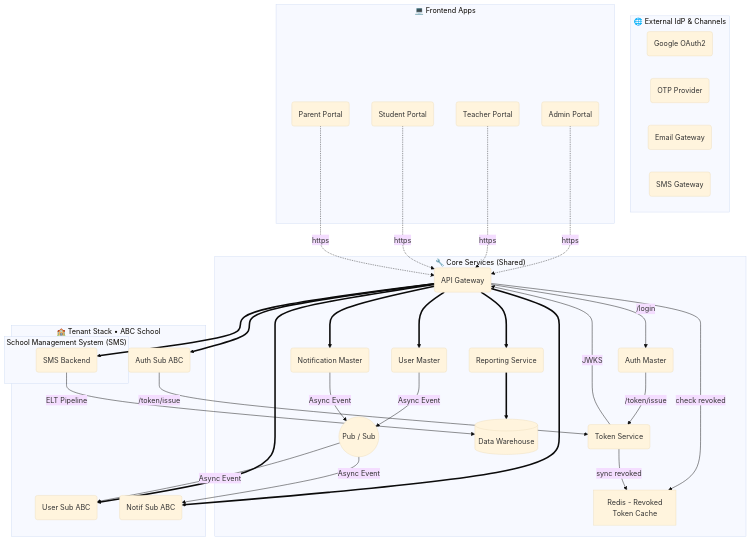
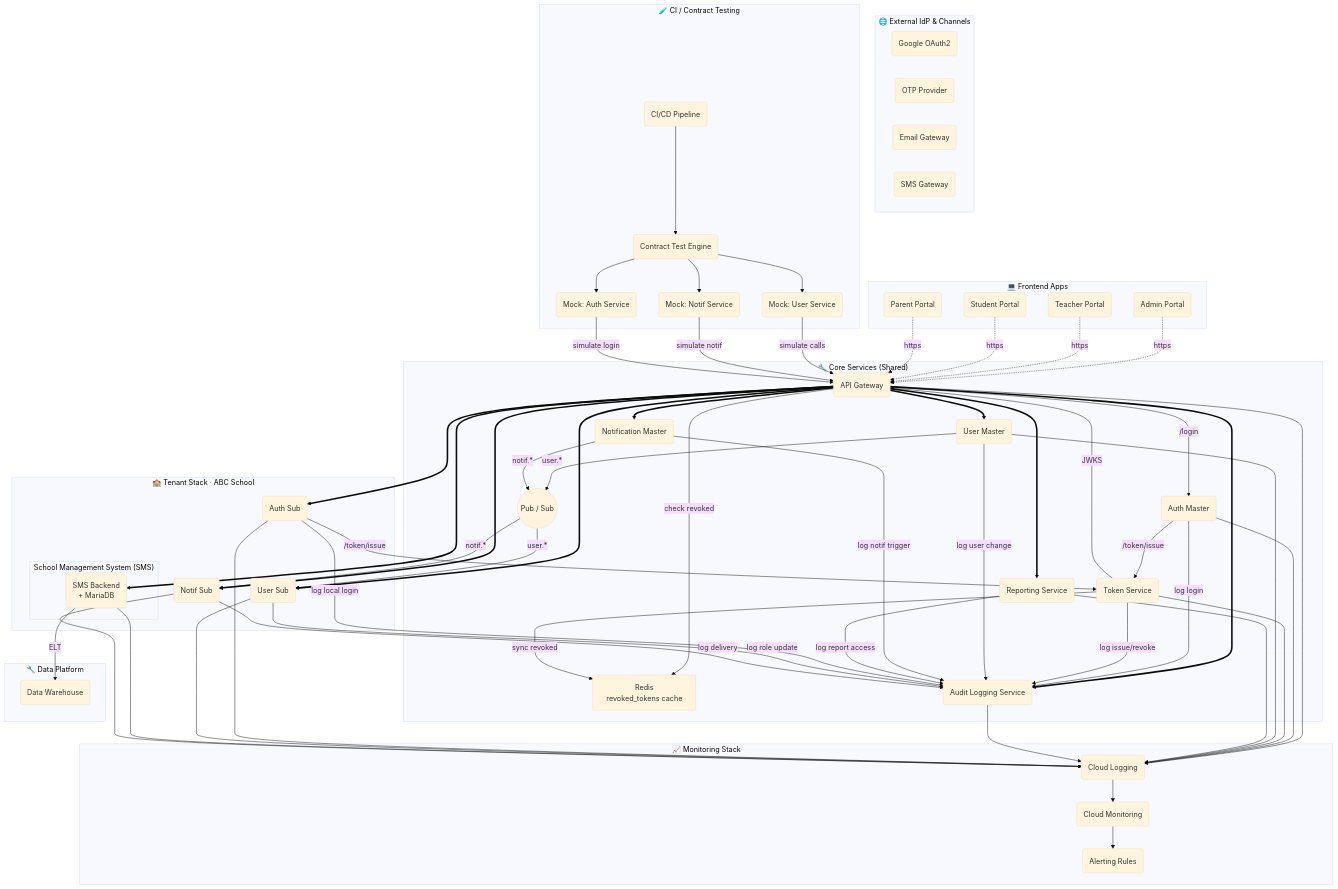
The first of 6 diagrams in docs/README.md (ezdesign-vn/dx-vas), drawn with Mermaid (base theme) before and after one commit. The commit also changed 1 other file, not shown here.

Commit message:
update general ERD

````diff
--- a/docs/README.md
+++ b/docs/README.md
@@ -52,7 +52,6 @@
 ```mermaid
-%% =====================  GROUPS  =====================
 flowchart TD
-  %% External channels
+  %% ======= EXTERNAL =======
   subgraph ext ["🌐 External IdP & Channels"]
     GoogleOAuth(Google OAuth2)
     OTPProv(OTP Provider)
@@ -60,7 +59,7 @@
     SMSSvc(SMS Gateway)
   end
 
-  %% Front-end apps
+  %% ======= FRONTEND =======
   subgraph fe ["💻 Frontend Apps"]
     AdminPortal(Admin Portal)
     TeacherPortal(Teacher Portal)
@@ -68,64 +67,118 @@
     ParentPortal(Parent Portal)
   end
 
-  %% Core services (shared)
+  %% ======= CORE SERVICES =======
   subgraph core ["🔧 Core Services (Shared)"]
     APIGW(API Gateway)
     TokenSvc(Token Service)
     AuthM(Auth Master)
     UserM(User Master)
     NotifM(Notification Master)
+    RedisRev[Redis<br/>revoked_tokens cache]
     ReportSvc(Reporting Service)
-    R[Redis - Revoked<br/>Token Cache]
+    AuditLog(Audit Logging Service)
     PubSub((Pub / Sub))
-    DataWH[(Data Warehouse)]
   end
 
-  %% Tenant stack – ví dụ
-  subgraph tenant1 ["🏫 Tenant Stack • ABC School"]
-    subgraph smsgrp ["School Management System (SMS)"]
-      SMS(SMS Backend)
-    end
-    AuthSub(Auth Sub ABC)
-    UserSub(User Sub ABC)
-    NotifSub(Notif Sub ABC)
+  %% ======= DATA PLATFORM =======
+  subgraph db ["🔧 Data Platform"]
+    BQ(Data Warehouse)
   end
 
-%% =====================  FLOWS  =====================
-  %% 1) Public HTTPS calls
+  %% ======= MONITORING STACK =======
+  subgraph mon ["📈 Monitoring Stack"]
+    CloudLog(Cloud Logging)
+    CloudMon(Cloud Monitoring)
+    AlertSys(Alerting Rules)
+  end
+
+  %% ======= CI / CONTRACT TESTING =======
+  subgraph test ["🧪 CI / Contract Testing"]
+    CIPipeline(CI/CD Pipeline)
+    ContractEngine(Contract Test Engine)
+    MockUser(Mock: User Service)
+    MockNotif(Mock: Notif Service)
+    MockAuth(Mock: Auth Service)
+  end
+
+  %% ======= TENANT STACK EXAMPLE =======
+  subgraph tenantA ["🏫 Tenant Stack · ABC School"]
+    subgraph smsgrp ["School Management System (SMS)"]
+      SMS(SMS Backend<br/>+ MariaDB)
+    end
+    AuthSub(Auth Sub)
+    UserSub(User Sub)
+    NotifSub(Notif Sub)
+  end
+
+  %% ======= FLOWS =======
+  %% Front-door
   AdminPortal -. https .-> APIGW
   TeacherPortal -. https .-> APIGW
   StudentPortal -. https .-> APIGW
   ParentPortal  -. https .-> APIGW
 
-  %% 2) Auth & Token (synchronous)
+  %% Auth & Token
   APIGW -->|/login| AuthM
-  AuthM  -->|/token/issue| TokenSvc
+  AuthM -->|/token/issue| TokenSvc
   AuthSub -->|/token/issue| TokenSvc
   TokenSvc -- JWKS --> APIGW
 
-  %% 3) Revoked-token path
-  APIGW -->|check revoked| R
-  TokenSvc -->|sync revoked| R
+  %% Revoked-token check
+  APIGW -->|check revoked| RedisRev
+  TokenSvc -->|sync revoked| RedisRev
 
-  %% 4) Core routing (sync API)
+  %% Core routing
   APIGW ==> UserM
   APIGW ==> NotifM
   APIGW ==> ReportSvc
+  APIGW ==> AuditLog
 
-  %% 5) Tenant routing (sync API)
+  %% Tenant routing
   APIGW ==> AuthSub
   APIGW ==> UserSub
   APIGW ==> NotifSub
   APIGW ==> SMS
 
-  %% 6) Master → Sub data sync (async Pub/Sub)
-  UserM -- "Async Event" --> PubSub
-  NotifM -- "Async Event" --> PubSub
-  PubSub -- "Async Event" --> UserSub
-  PubSub -- "Async Event" --> NotifSub
+  %% Event fan-out
+  UserM -- "user.*" --> PubSub
+  NotifM -- "notif.*" --> PubSub
+  PubSub -- "user.*" --> UserSub
+  PubSub -- "notif.*" --> NotifSub
 
-  %% 7) ELT pipeline
-  SMS -- "ELT Pipeline" --> DataWH
-  ReportSvc ==> DataWH
+  %% ELT (simplified)
+  SMS -- "ELT" --> BQ
+
+  %% Audit Logging
+  AuthM -->|log login| AuditLog
+  TokenSvc -->|log issue/revoke| AuditLog
+  UserM -->|log user change| AuditLog
+  NotifM -->|log notif trigger| AuditLog
+  ReportSvc -->|log report access| AuditLog
+  AuthSub -->|log local login| AuditLog
+  UserSub -->|log role update| AuditLog
+  NotifSub -->|log delivery| AuditLog
+
+  %% Monitoring Stack
+  APIGW --> CloudLog
+  AuthM --> CloudLog
+  TokenSvc --> CloudLog
+  UserM --> CloudLog
+  ReportSvc --> CloudLog
+  AuditLog --> CloudLog
+  AuthSub --> CloudLog
+  UserSub --> CloudLog
+  SMS --> CloudLog
+  NotifSub --> CloudLog
+  CloudLog --> CloudMon
+  CloudMon --> AlertSys
+
+  %% CI/CD & Contract Testing
+  CIPipeline --> ContractEngine
+  ContractEngine --> MockUser
+  ContractEngine --> MockNotif
+  ContractEngine --> MockAuth
+  MockUser -->|simulate calls| APIGW
+  MockNotif -->|simulate notif| APIGW
+  MockAuth -->|simulate login| APIGW
 ```
````
